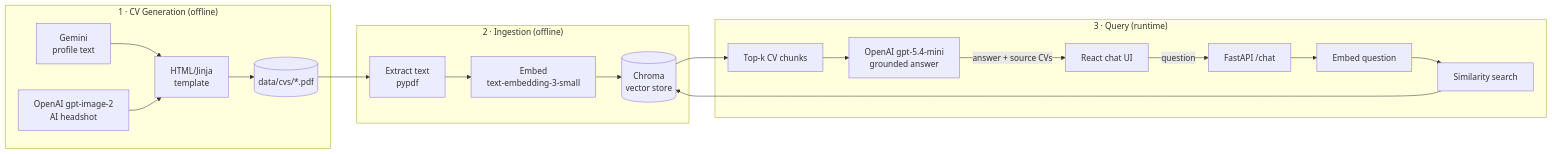
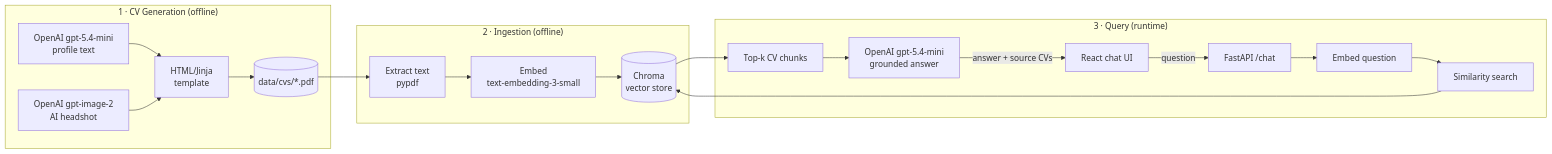
Before and after one commit to wmamedio/ai-cv-screener: the diagram in README.md, drawn with Mermaid. The commit also changed other lines of this file and 2 other files, not shown here.

First line of the commit message:
Migrate CV generation to OpenAI, drop Gemini

````diff
--- a/README.md
+++ b/README.md
@@ -16,19 +16,19 @@
 ```mermaid
 flowchart LR
     subgraph gen["1 · CV Generation (offline)"]
-        G1[Gemini<br/>profile text] --> G3[HTML/Jinja<br/>template]
+        G1[OpenAI gpt-5.4-mini<br/>profile text] --> G3[HTML/Jinja<br/>template]
         G2[OpenAI gpt-image-2<br/>AI headshot] --> G3
         G3 --> PDF[(data/cvs/*.pdf)]
     end
 
     subgraph ingest["2 · Ingestion (offline)"]
         PDF --> EX[Extract text<br/>pypdf] --> EM[Embed<br/>text-embedding-3-small] --> VDB[(Chroma<br/>vector store)]
     end
 
     subgraph serve["3 · Query (runtime)"]
         UI[React chat UI] -->|question| API[FastAPI /chat]
         API --> QE[Embed question] --> RET[Similarity search] --> VDB
         VDB --> CTX[Top-k CV chunks] --> LLM[OpenAI gpt-5.4-mini<br/>grounded answer]
         LLM -->|answer + source CVs| UI
     end
 ```
````
